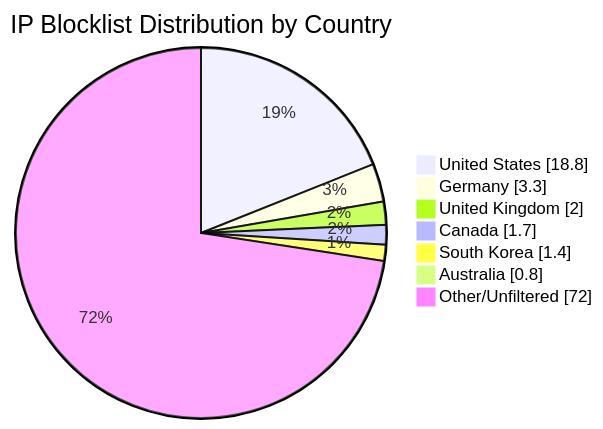
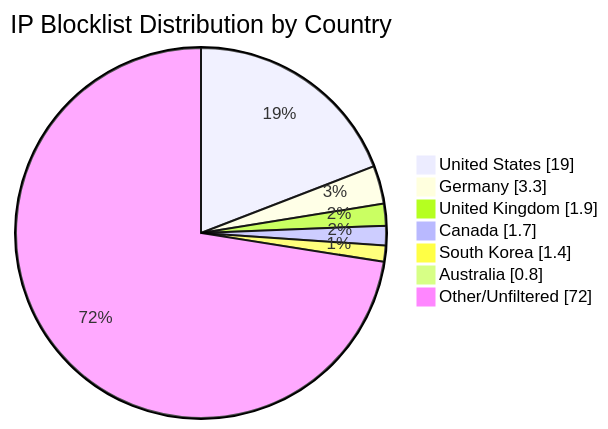
One commit to MarcusHoltz/ipblocklist-geofiltered-aggregator changed the diagram in README.md. Above: the diagram before and after it, drawn with Mermaid. The commit also changed other lines of this file and 9 other files, not shown here.

````diff
--- a/README.md
+++ b/README.md
@@ -34,10 +34,10 @@
 ```mermaid
 pie showData title IP Blocklist Distribution by Country
-"United States" : 18.8
+"United States" : 19.0
 "Germany" : 3.3
-"United Kingdom" : 2.0
+"United Kingdom" : 1.9
 "Canada" : 1.7
 "South Korea" : 1.4
 "Australia" : 0.8
 "Other/Unfiltered" : 72.0
 ```
````
